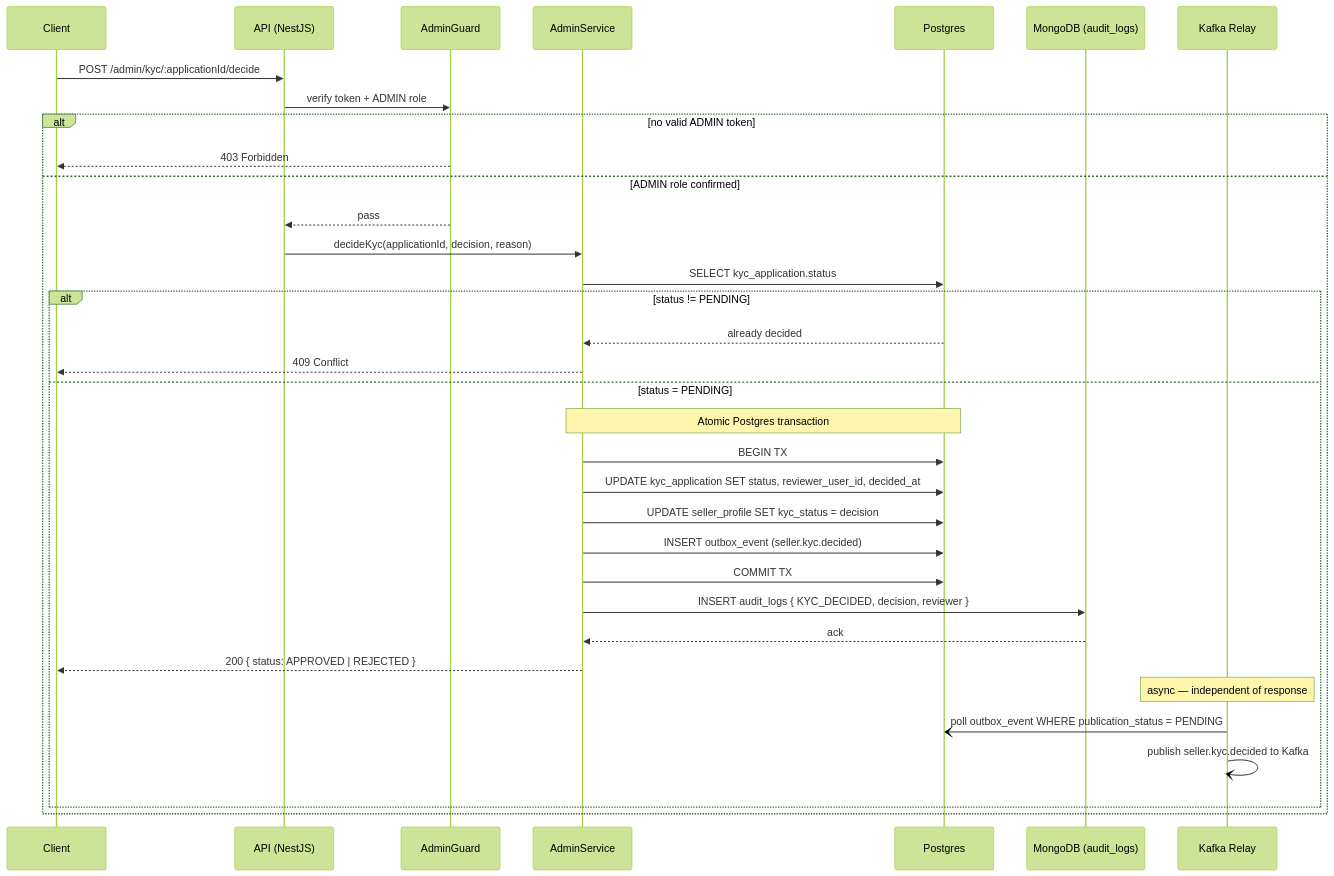
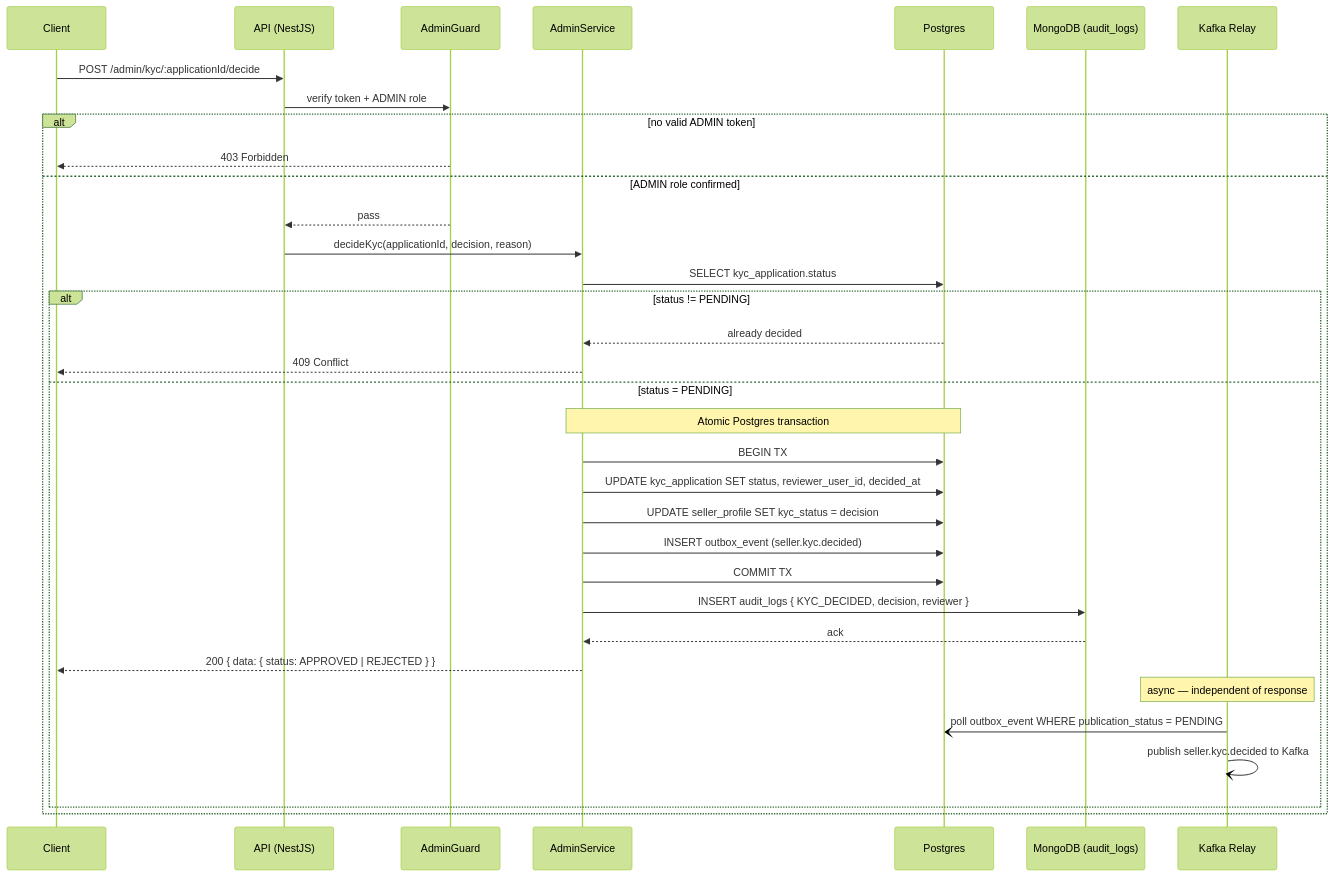
The third of 12 diagrams in phase-1/technical-design/api-design/admin.md (alisa-uthi/aliceut-ecom-document), drawn with Mermaid (forest theme) before and after one commit. The commit also changed other lines of this file and 22 other files, not shown here.

````diff
--- a/phase-1/technical-design/api-design/admin.md
+++ b/phase-1/technical-design/api-design/admin.md
@@ -169,37 +171,37 @@
 ```mermaid
 sequenceDiagram
     participant C as Client
     participant API as API (NestJS)
     participant G as AdminGuard
     participant S as AdminService
     participant PG as Postgres
     participant MDB as MongoDB (audit_logs)
     participant Relay as Kafka Relay
 
     C->>API: POST /admin/kyc/:applicationId/decide
     API->>G: verify token + ADMIN role
     alt no valid ADMIN token
         G-->>C: 403 Forbidden
     else ADMIN role confirmed
         G-->>API: pass
         API->>S: decideKyc(applicationId, decision, reason)
         S->>PG: SELECT kyc_application.status
         alt status != PENDING
             PG-->>S: already decided
             S-->>C: 409 Conflict
         else status = PENDING
             Note over S,PG: Atomic Postgres transaction
             S->>PG: BEGIN TX
             S->>PG: UPDATE kyc_application SET status, reviewer_user_id, decided_at
             S->>PG: UPDATE seller_profile SET kyc_status = decision
             S->>PG: INSERT outbox_event (seller.kyc.decided)
             S->>PG: COMMIT TX
             S->>MDB: INSERT audit_logs { KYC_DECIDED, decision, reviewer }
             MDB-->>S: ack
-            S-->>C: 200 { status: APPROVED | REJECTED }
+            S-->>C: 200 { data: { status: APPROVED | REJECTED } }
             Note over Relay: async — independent of response
             Relay-)PG: poll outbox_event WHERE publication_status = PENDING
             Relay-)Relay: publish seller.kyc.decided to Kafka
         end
     end
 ```
````
